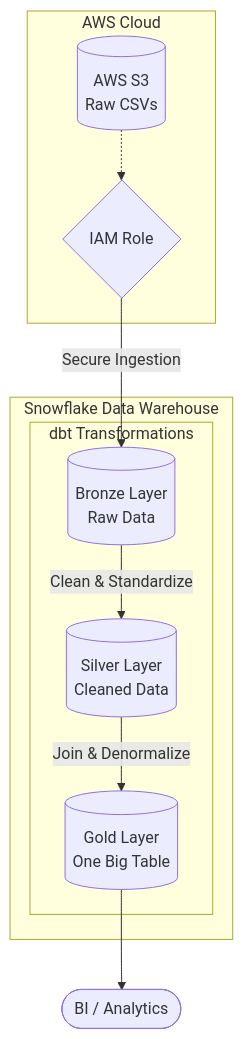
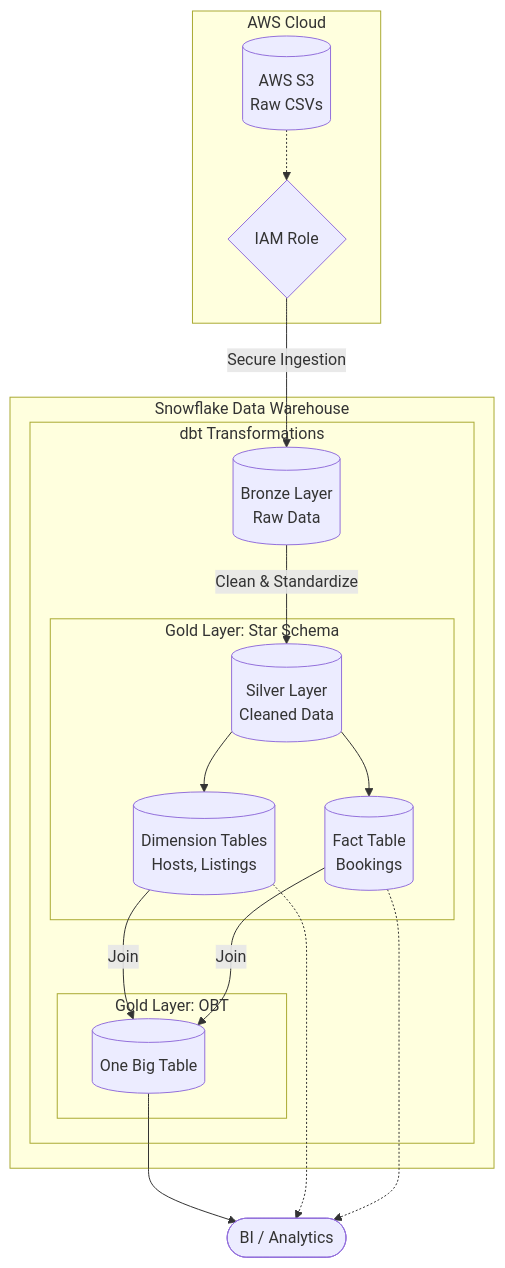
One commit to OmarMahmoudGaber/airbnb-data-pipeline changed the diagram in README.md. Above: the diagram before and after it, drawn with Mermaid. The commit also changed other lines of this file, not shown here.

````diff
--- a/README.md
+++ b/README.md
@@ -12,19 +19,30 @@
 ```mermaid
 graph TD
     subgraph AWS Cloud
         S3[(AWS S3<br>Raw CSVs)]
         IAM{IAM Role}
         S3 -.-> IAM
     end
 
     subgraph Snowflake Data Warehouse
         IAM -->|Secure Ingestion| Bronze[(Bronze Layer<br>Raw Data)]
         
         subgraph dbt Transformations
             Bronze -->|Clean & Standardize| Silver[(Silver Layer<br>Cleaned Data)]
-            Silver -->|Join & Denormalize| Gold[(Gold Layer<br>One Big Table)]
+            
+            subgraph Gold Layer: Star Schema
+                Silver --> Dims[(Dimension Tables<br>Hosts, Listings)]
+                Silver --> Fact[(Fact Table<br>Bookings)]
+            end
+            
+            subgraph Gold Layer: OBT
+                Dims -->|Join| OBT[(One Big Table)]
+                Fact -->|Join| OBT
+            end
         end
     end
 
-    Gold --> BI([BI / Analytics])
+    OBT --> BI([BI / Analytics])
+    Dims -.-> BI
+    Fact -.-> BI
 ```
````
